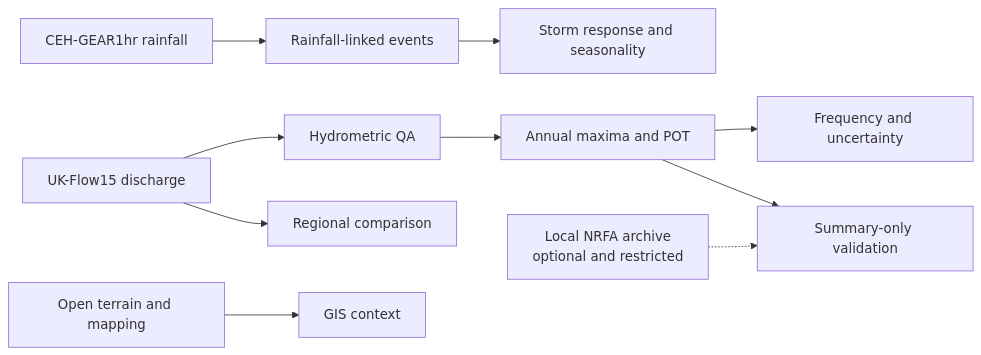
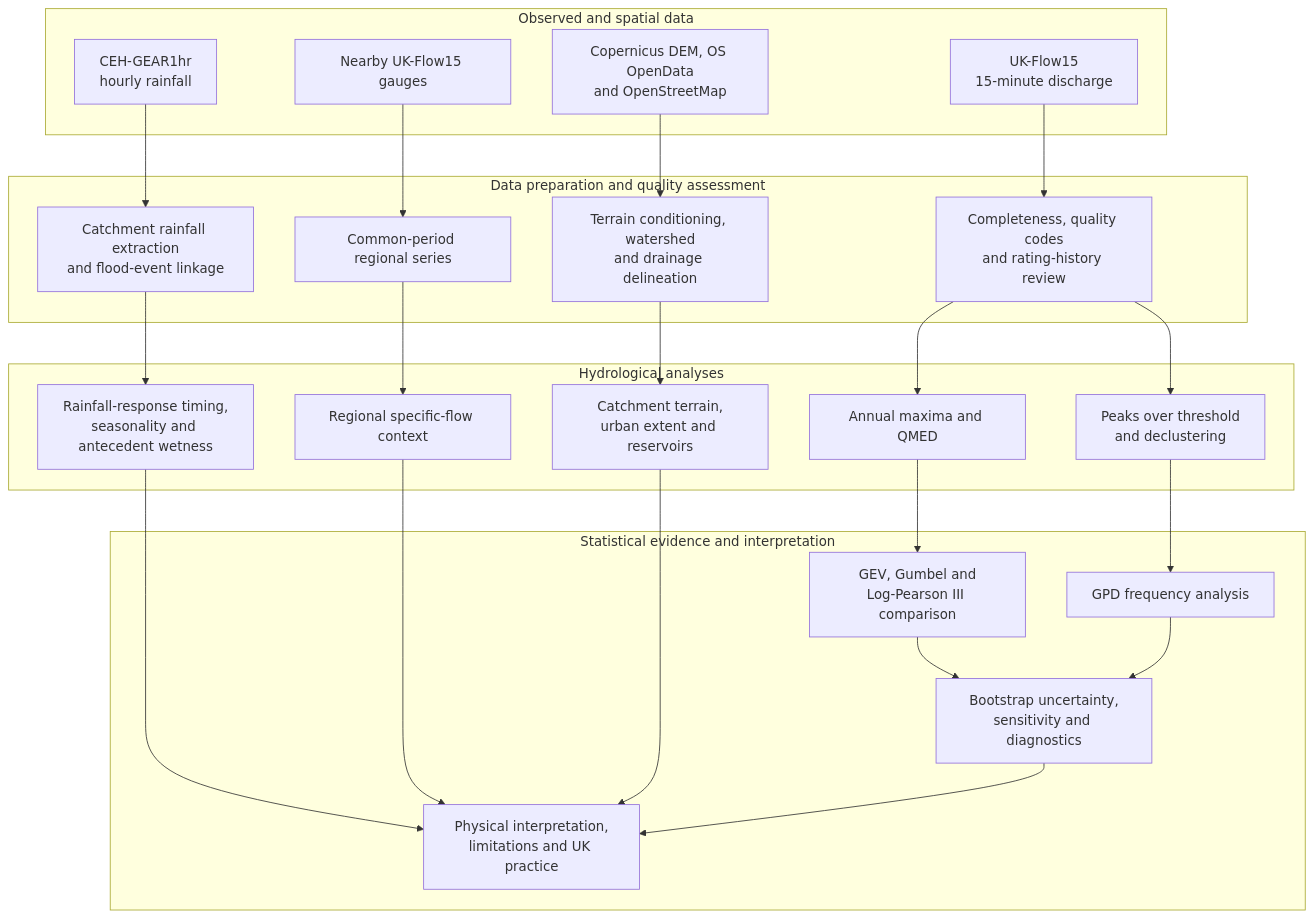
One commit to MohaAbdipour/water-of-leith-flood-hydrology changed the first of 2 diagrams in README.md. Above: the diagram before and after it, drawn with Mermaid. The commit also changed other lines of this file, not shown here.

Commit message:
Add the study workflow and future directions

````diff
--- a/README.md
+++ b/README.md
@@ -41,12 +43,49 @@
 ```mermaid
-flowchart LR
-    A[UK-Flow15 discharge] --> D[Hydrometric QA]
-    B[CEH-GEAR1hr rainfall] --> E[Rainfall-linked events]
-    C[Open terrain and mapping] --> F[GIS context]
-    D --> G[Annual maxima and POT]
-    G --> H[Frequency and uncertainty]
-    E --> I[Storm response and seasonality]
-    A --> J[Regional comparison]
-    K[Local NRFA archive<br/>optional and restricted] -.-> L[Summary-only validation]
-    G --> L
+flowchart TB
+    subgraph DATA[Observed and spatial data]
+        A[UK-Flow15<br/>15-minute discharge]
+        B[CEH-GEAR1hr<br/>hourly rainfall]
+        C[Copernicus DEM, OS OpenData<br/>and OpenStreetMap]
+        D[Nearby UK-Flow15 gauges]
+    end
+
+    subgraph PROCESS[Data preparation and quality assessment]
+        E[Completeness, quality codes<br/>and rating-history review]
+        F[Catchment rainfall extraction<br/>and flood-event linkage]
+        G[Terrain conditioning, watershed<br/>and drainage delineation]
+        H[Common-period regional series]
+    end
+
+    subgraph ANALYSIS[Hydrological analyses]
+        I[Annual maxima and QMED]
+        J[Peaks over threshold<br/>and declustering]
+        K[Rainfall-response timing,<br/>seasonality and antecedent wetness]
+        L[Regional specific-flow context]
+        M[Catchment terrain,<br/>urban extent and reservoirs]
+    end
+
+    subgraph EVIDENCE[Statistical evidence and interpretation]
+        N[GEV, Gumbel and<br/>Log-Pearson III comparison]
+        O[GPD frequency analysis]
+        P[Bootstrap uncertainty,<br/>sensitivity and diagnostics]
+        Q[Physical interpretation,<br/>limitations and UK practice]
+    end
+
+    A --> E
+    B --> F
+    C --> G
+    D --> H
+    E --> I
+    E --> J
+    F --> K
+    G --> M
+    H --> L
+    I --> N
+    J --> O
+    N --> P
+    O --> P
+    K --> Q
+    L --> Q
+    M --> Q
+    P --> Q
 ```
````
